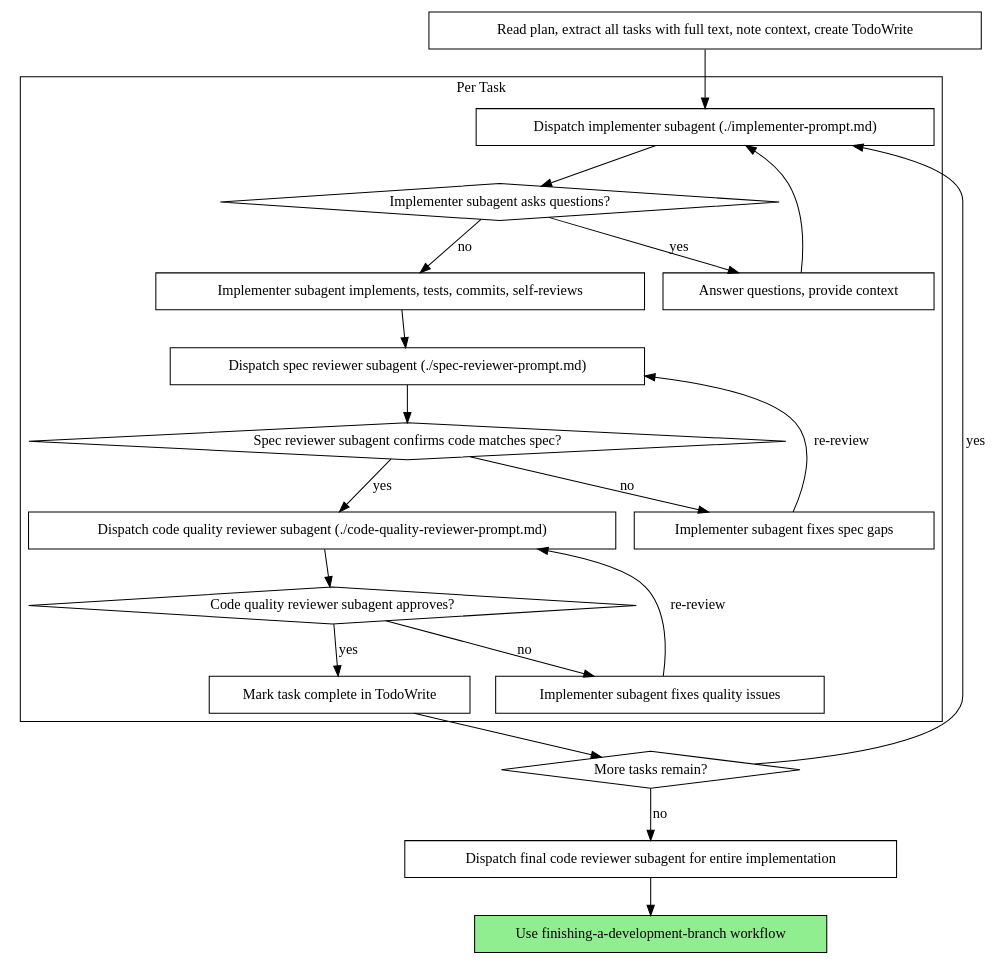
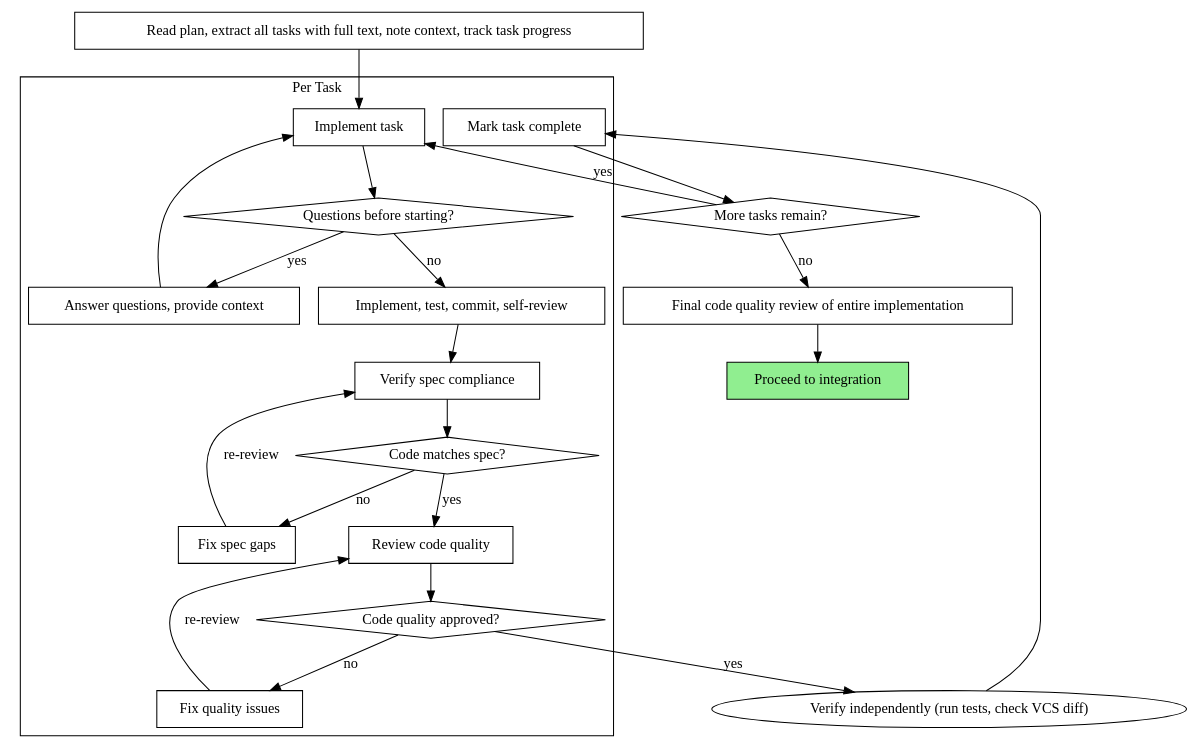
One commit to circld/dotfiles changed the second of 2 diagrams in external/opencode/skills/subagent-driven-development/SKILL.md. Above: the diagram before and after it, drawn with Graphviz. The commit also changed other lines of this file and 37 other files, not shown here.

````diff
--- a/external/opencode/skills/subagent-driven-development/SKILL.md
+++ b/external/opencode/skills/subagent-driven-development/SKILL.md
@@ -40,44 +40,45 @@
 ```dot
 digraph process {
     rankdir=TB;
 
     subgraph cluster_per_task {
         label="Per Task";
-        "Dispatch implementer subagent (./implementer-prompt.md)" [shape=box];
-        "Implementer subagent asks questions?" [shape=diamond];
+        "Implement task" [shape=box];
+        "Questions before starting?" [shape=diamond];
         "Answer questions, provide context" [shape=box];
-        "Implementer subagent implements, tests, commits, self-reviews" [shape=box];
-        "Dispatch spec reviewer subagent (./spec-reviewer-prompt.md)" [shape=box];
-        "Spec reviewer subagent confirms code matches spec?" [shape=diamond];
-        "Implementer subagent fixes spec gaps" [shape=box];
-        "Dispatch code quality reviewer subagent (./code-quality-reviewer-prompt.md)" [shape=box];
-        "Code quality reviewer subagent approves?" [shape=diamond];
-        "Implementer subagent fixes quality issues" [shape=box];
-        "Mark task complete in TodoWrite" [shape=box];
+        "Implement, test, commit, self-review" [shape=box];
+        "Verify spec compliance" [shape=box];
+        "Code matches spec?" [shape=diamond];
+        "Fix spec gaps" [shape=box];
+        "Review code quality" [shape=box];
+        "Code quality approved?" [shape=diamond];
+        "Fix quality issues" [shape=box];
+        "Mark task complete" [shape=box];
     }
 
-    "Read plan, extract all tasks with full text, note context, create TodoWrite" [shape=box];
+    "Read plan, extract all tasks with full text, note context, track task progress" [shape=box];
     "More tasks remain?" [shape=diamond];
-    "Dispatch final code reviewer subagent for entire implementation" [shape=box];
-    "Use finishing-a-development-branch workflow" [shape=box style=filled fillcolor=lightgreen];
+    "Final code quality review of entire implementation" [shape=box];
+    "Proceed to integration" [shape=box style=filled fillcolor=lightgreen];
 
-    "Read plan, extract all tasks with full text, note context, create TodoWrite" -> "Dispatch implementer subagent (./implementer-prompt.md)";
-    "Dispatch implementer subagent (./implementer-prompt.md)" -> "Implementer subagent asks questions?";
-    "Implementer subagent asks questions?" -> "Answer questions, provide context" [label="yes"];
-    "Answer questions, provide context" -> "Dispatch implementer subagent (./implementer-prompt.md)";
-    "Implementer subagent asks questions?" -> "Implementer subagent implements, tests, commits, self-reviews" [label="no"];
-    "Implementer subagent implements, tests, commits, self-reviews" -> "Dispatch spec reviewer subagent (./spec-reviewer-prompt.md)";
-    "Dispatch spec reviewer subagent (./spec-reviewer-prompt.md)" -> "Spec reviewer subagent confirms code matches spec?";
-    "Spec reviewer subagent confirms code matches spec?" -> "Implementer subagent fixes spec gaps" [label="no"];
-    "Implementer subagent fixes spec gaps" -> "Dispatch spec reviewer subagent (./spec-reviewer-prompt.md)" [label="re-review"];
-    "Spec reviewer subagent confirms code matches spec?" -> "Dispatch code quality reviewer subagent (./code-quality-reviewer-prompt.md)" [label="yes"];
-    "Dispatch code quality reviewer subagent (./code-quality-reviewer-prompt.md)" -> "Code quality reviewer subagent approves?";
-    "Code quality reviewer subagent approves?" -> "Implementer subagent fixes quality issues" [label="no"];
-    "Implementer subagent fixes quality issues" -> "Dispatch code quality reviewer subagent (./code-quality-reviewer-prompt.md)" [label="re-review"];
-    "Code quality reviewer subagent approves?" -> "Mark task complete in TodoWrite" [label="yes"];
-    "Mark task complete in TodoWrite" -> "More tasks remain?";
-    "More tasks remain?" -> "Dispatch implementer subagent (./implementer-prompt.md)" [label="yes"];
-    "More tasks remain?" -> "Dispatch final code reviewer subagent for entire implementation" [label="no"];
-    "Dispatch final code reviewer subagent for entire implementation" -> "Use finishing-a-development-branch workflow";
+    "Read plan, extract all tasks with full text, note context, track task progress" -> "Implement task";
+    "Implement task" -> "Questions before starting?";
+    "Questions before starting?" -> "Answer questions, provide context" [label="yes"];
+    "Answer questions, provide context" -> "Implement task";
+    "Questions before starting?" -> "Implement, test, commit, self-review" [label="no"];
+    "Implement, test, commit, self-review" -> "Verify spec compliance";
+    "Verify spec compliance" -> "Code matches spec?";
+    "Code matches spec?" -> "Fix spec gaps" [label="no"];
+    "Fix spec gaps" -> "Verify spec compliance" [label="re-review"];
+    "Code matches spec?" -> "Review code quality" [label="yes"];
+    "Review code quality" -> "Code quality approved?";
+    "Code quality approved?" -> "Fix quality issues" [label="no"];
+    "Fix quality issues" -> "Review code quality" [label="re-review"];
+    "Code quality approved?" -> "Verify independently (run tests, check VCS diff)" [label="yes"];
+    "Verify independently (run tests, check VCS diff)" -> "Mark task complete";
+    "Mark task complete" -> "More tasks remain?";
+    "More tasks remain?" -> "Implement task" [label="yes"];
+    "More tasks remain?" -> "Final code quality review of entire implementation" [label="no"];
+    "Final code quality review of entire implementation" -> "Proceed to integration";
 }
 ```
````
